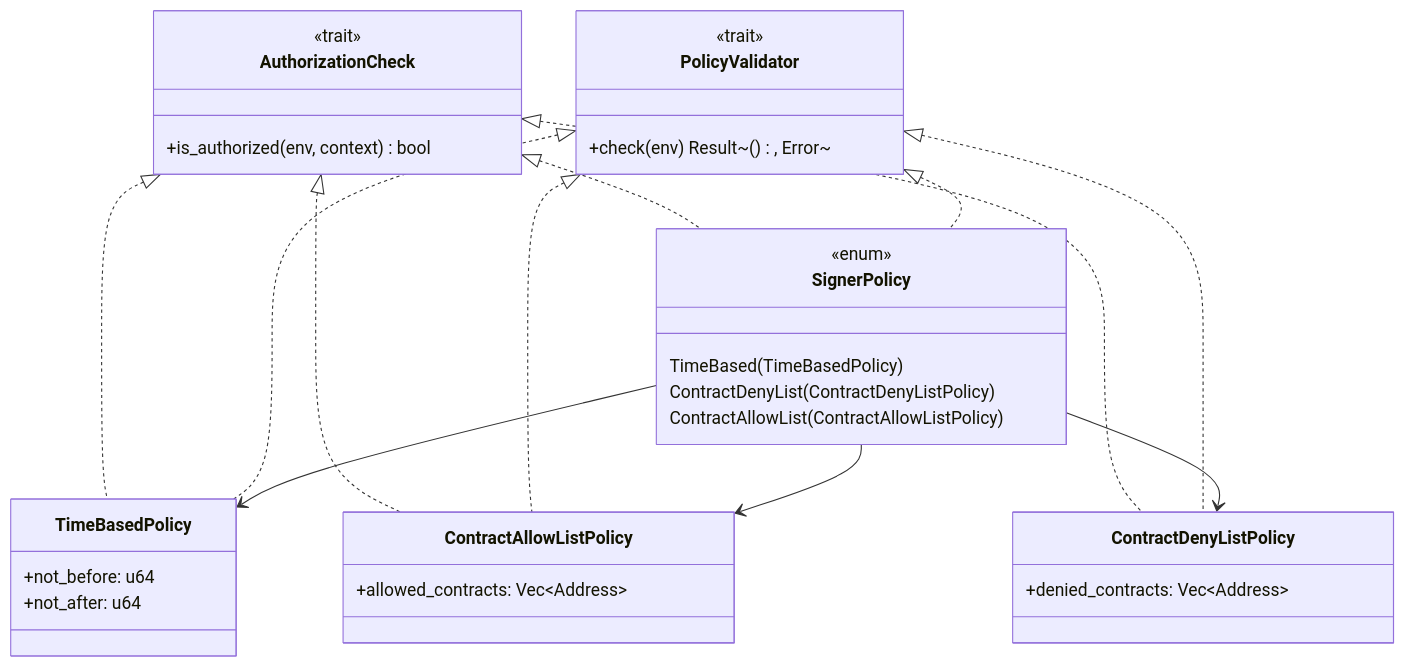
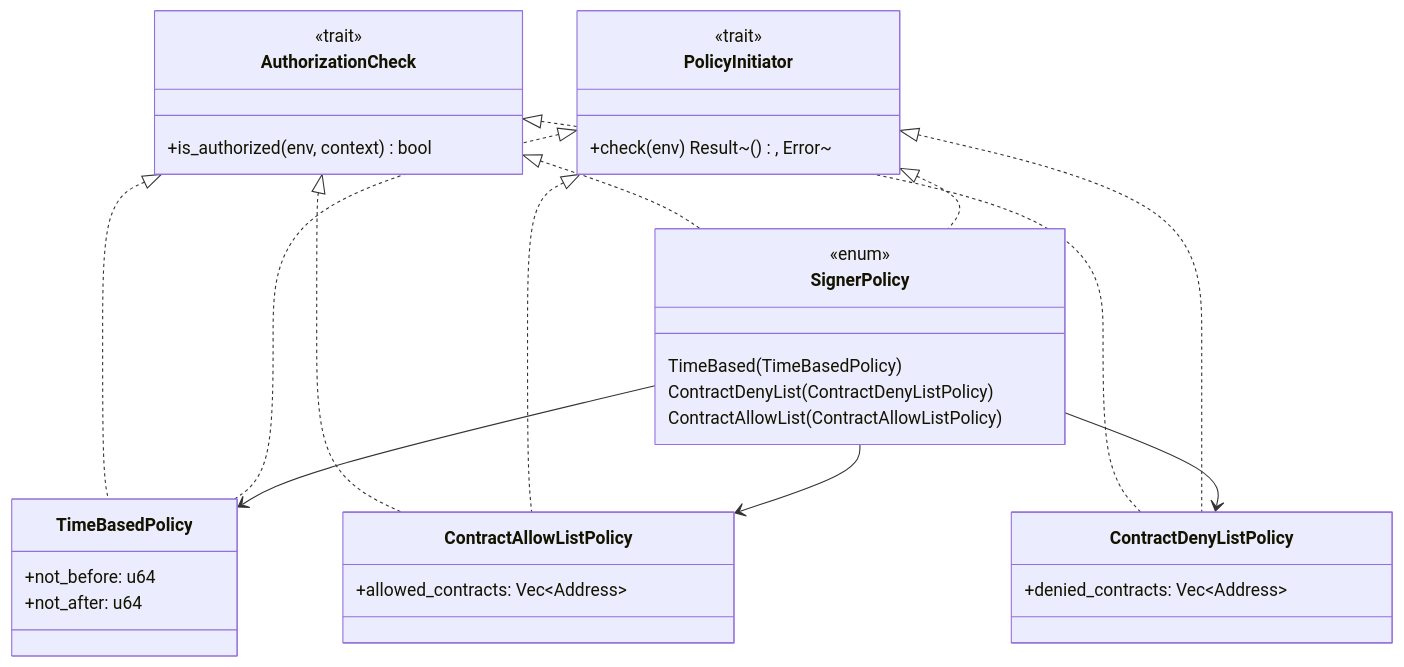
One commit to Crossmint/stellar-smart-account changed the third of 5 diagrams in contracts/smart-account/README.md. Above: the diagram before and after it, drawn with Mermaid. The commit also changed other lines of this file and 10 other files, not shown here.

````diff
--- a/contracts/smart-account/README.md
+++ b/contracts/smart-account/README.md
@@ -172,45 +172,45 @@
 ```mermaid
 classDiagram
     class AuthorizationCheck {
         <<trait>>
         +is_authorized(env, context) bool
     }
     
-    class PolicyValidator {
+    class PolicyInitiator {
         <<trait>>
         +check(env) Result~(), Error~
     }
     
     class SignerPolicy {
         <<enum>>
         TimeBased(TimeBasedPolicy)
         ContractDenyList(ContractDenyListPolicy)
         ContractAllowList(ContractAllowListPolicy)
     }
     
     class TimeBasedPolicy {
         +not_before: u64
         +not_after: u64
     }
     
     class ContractAllowListPolicy {
         +allowed_contracts: Vec~Address~
     }
     
     class ContractDenyListPolicy {
         +denied_contracts: Vec~Address~
     }
     
     AuthorizationCheck <|.. SignerPolicy
-    PolicyValidator <|.. SignerPolicy
+    PolicyInitiator <|.. SignerPolicy
     AuthorizationCheck <|.. TimeBasedPolicy
     AuthorizationCheck <|.. ContractAllowListPolicy
     AuthorizationCheck <|.. ContractDenyListPolicy
-    PolicyValidator <|.. TimeBasedPolicy
-    PolicyValidator <|.. ContractAllowListPolicy
-    PolicyValidator <|.. ContractDenyListPolicy
+    PolicyInitiator <|.. TimeBasedPolicy
+    PolicyInitiator <|.. ContractAllowListPolicy
+    PolicyInitiator <|.. ContractDenyListPolicy
     
     SignerPolicy --> TimeBasedPolicy
     SignerPolicy --> ContractAllowListPolicy
     SignerPolicy --> ContractDenyListPolicy
 ```
````
